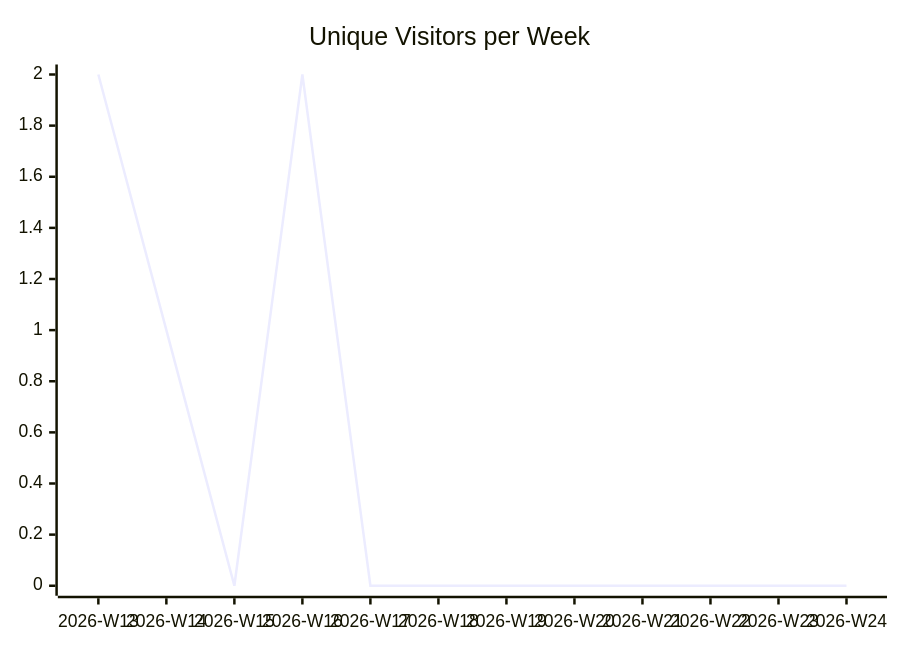
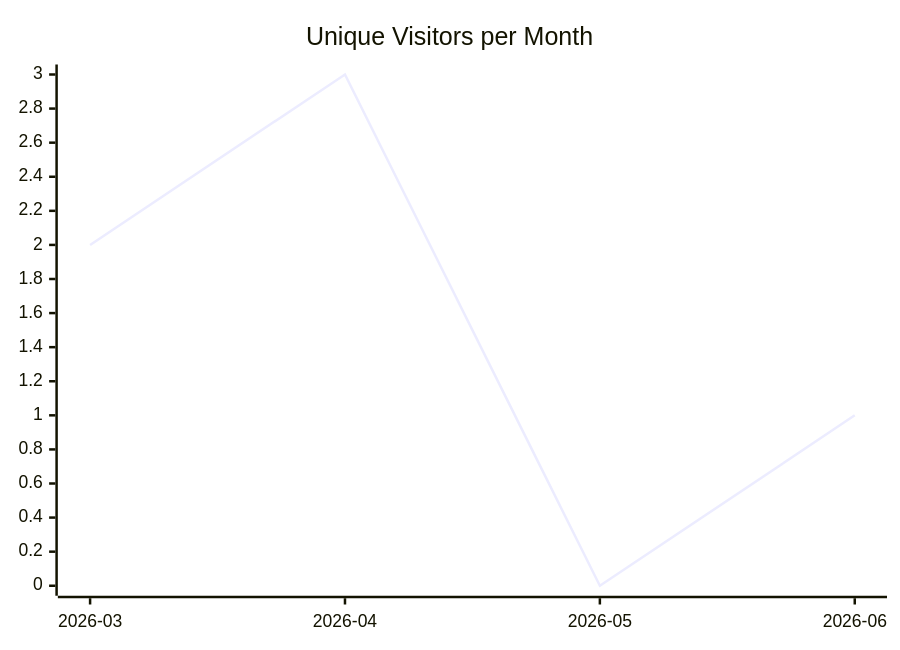
Before and after one commit to justdavis-family/github-analytics-data: the first of 3 diagrams in karlmdavis/ansible-role-bind-dns/README.md, drawn with Mermaid. The commit also changed other lines of this file and 198 other files, not shown here.

````diff
--- a/karlmdavis/ansible-role-bind-dns/README.md
+++ b/karlmdavis/ansible-role-bind-dns/README.md
@@ -5,6 +5,6 @@
 ```mermaid
 xychart-beta
-  title "Unique Visitors per Week"
-  x-axis ["2026-W13", "2026-W14", "2026-W15", "2026-W16", "2026-W17", "2026-W18", "2026-W19", "2026-W20", "2026-W21", "2026-W22", "2026-W23", "2026-W24"]
-  line [2, 1, 0, 2, 0, 0, 0, 0, 0, 0, 0, 0]
+  title "Unique Visitors per Month"
+  x-axis ["2026-03", "2026-04", "2026-05", "2026-06"]
+  line [2, 3, 0, 1]
 ```
````
